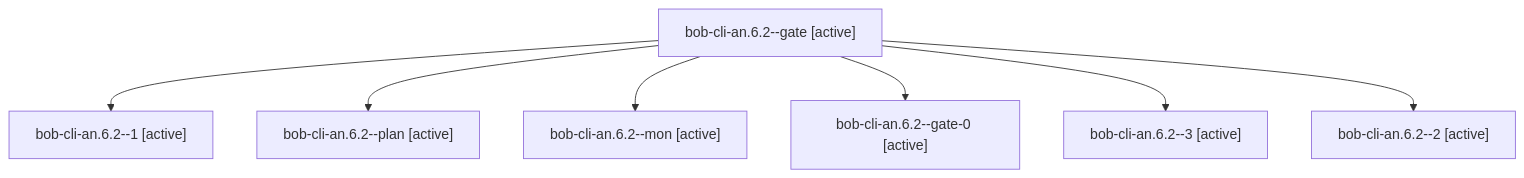
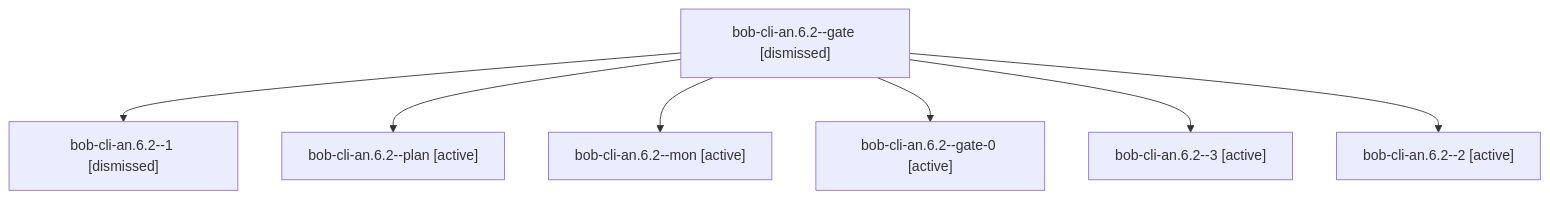
Before and after one commit to bobs-org/bob-cli--agents: the diagram in sessions/bbugyi200.athena.bob-cli-an.6.2.md, drawn with Mermaid. The commit also changed other lines of this file and 553 other files, not shown here.

````diff
--- a/sessions/bbugyi200.athena.bob-cli-an.6.2.md
+++ b/sessions/bbugyi200.athena.bob-cli-an.6.2.md
@@ -9,16 +9,16 @@
 ```mermaid
 flowchart TD
-  n0["bob-cli-an.6.2--gate [active]"]
-  n1["bob-cli-an.6.2--1 [active]"]
+  n0["bob-cli-an.6.2--gate [dismissed]"]
+  n1["bob-cli-an.6.2--1 [dismissed]"]
   n0 --> n1
   n2["bob-cli-an.6.2--plan [active]"]
   n0 --> n2
   n3["bob-cli-an.6.2--mon [active]"]
   n0 --> n3
   n4["bob-cli-an.6.2--gate-0 [active]"]
   n0 --> n4
   n5["bob-cli-an.6.2--3 [active]"]
   n0 --> n5
   n6["bob-cli-an.6.2--2 [active]"]
   n0 --> n6
 ```
````
